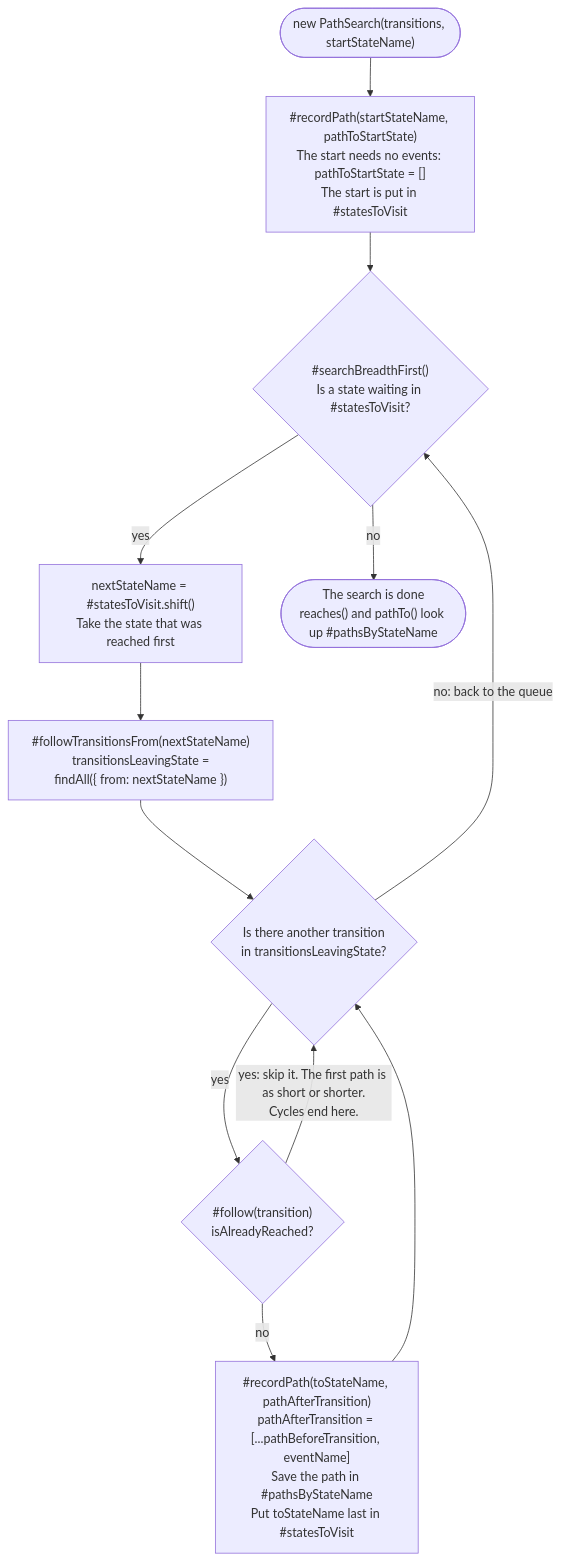
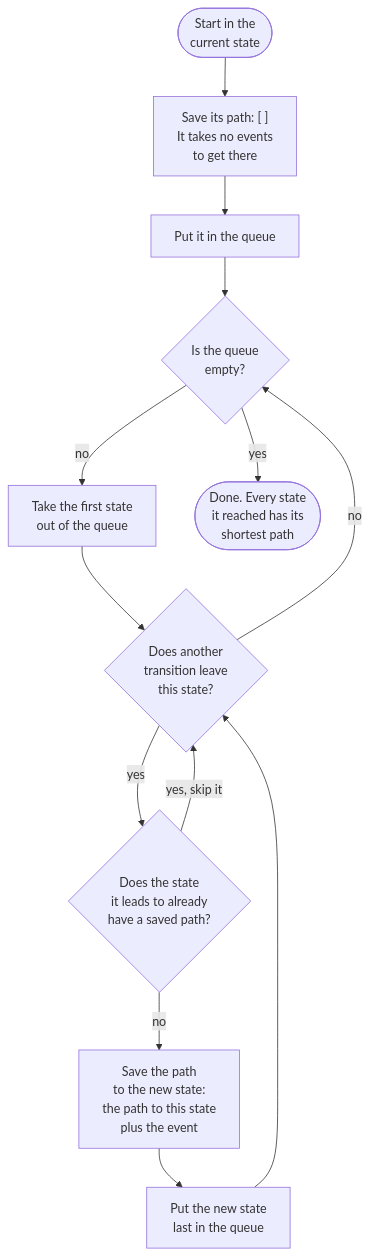
The third of 4 diagrams in ARCHITECTURE.md (Abbas288/flowstate-js), drawn with Mermaid before and after one commit. The commit also changed other lines of this file, not shown here.

Commit message:
docs: describe architecture at higher level

````diff
--- a/ARCHITECTURE.md
+++ b/ARCHITECTURE.md
@@ -16,20 +90,16 @@
 ```mermaid
 flowchart TD
-    create(["new PathSearch(transitions, startStateName)"])
-    recordStart["#recordPath(startStateName, pathToStartState)<br/>The start needs no events: pathToStartState = []<br/>The start is put in #statesToVisit"]
-    queueCheck{"#searchBreadthFirst()<br/>Is a state waiting in #statesToVisit?"}
-    takeNext["nextStateName = #statesToVisit.shift()<br/>Take the state that was reached first"]
-    visit["#followTransitionsFrom(nextStateName)<br/>transitionsLeavingState =<br/>findAll({ from: nextStateName })"]
-    transitionCheck{"Is there another transition<br/>in transitionsLeavingState?"}
-    follow{"#follow(transition)<br/>isAlreadyReached?"}
-    record["#recordPath(toStateName, pathAfterTransition)<br/>pathAfterTransition = [...pathBeforeTransition, eventName]<br/>Save the path in #pathsByStateName<br/>Put toStateName last in #statesToVisit"]
-    done(["The search is done<br/>reaches() and pathTo() look up #pathsByStateName"])
-
-    create --> recordStart --> queueCheck
-    queueCheck -->|yes| takeNext --> visit --> transitionCheck
-    transitionCheck -->|yes| follow
-    follow -->|"yes: skip it. The first path is as short or shorter.<br/>Cycles end here."| transitionCheck
-    follow -->|no| record --> transitionCheck
-    transitionCheck -->|"no: back to the queue"| queueCheck
-    queueCheck -->|no| done
+    start(["Start in the<br/>current state"])
+    start --> saveStart["Save its path: [ ]<br/>It takes no events<br/>to get there"]
+    saveStart --> queueStart["Put it in the queue"]
+    queueStart --> empty{"Is the queue<br/>empty?"}
+    empty -->|no| take["Take the first state<br/>out of the queue"]
+    take --> more{"Does another<br/>transition leave<br/>this state?"}
+    more -->|yes| seen{"Does the state<br/>it leads to already<br/>have a saved path?"}
+    seen -->|"yes, skip it"| more
+    seen -->|no| save["Save the path<br/>to the new state:<br/>the path to this state<br/>plus the event"]
+    save --> enqueue["Put the new state<br/>last in the queue"]
+    enqueue --> more
+    more -->|no| empty
+    empty -->|yes| done(["Done. Every state<br/>it reached has its<br/>shortest path"])
 ```
````
